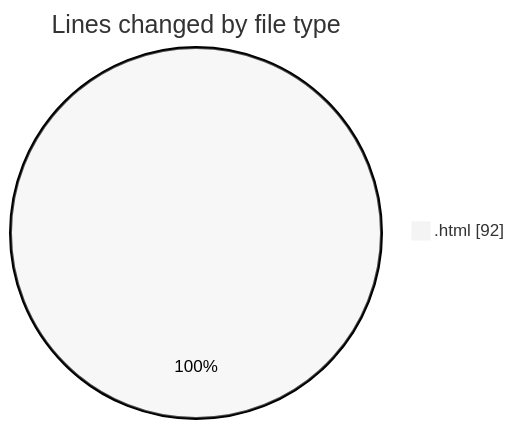
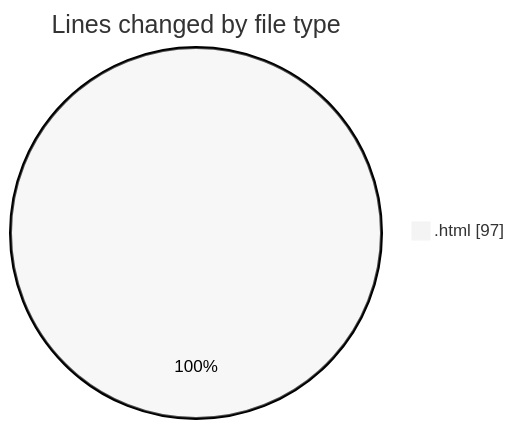
The first of 2 diagrams in 2025-12-23/technologie_web/README.md (hasnaa123/code-tracking), drawn with Mermaid (neutral theme) before and after one commit. The commit also changed other lines of this file and 1 other file, not shown here.

````diff
--- a/2025-12-23/technologie_web/README.md
+++ b/2025-12-23/technologie_web/README.md
@@ -20,5 +20,5 @@
 ```mermaid
 pie showData
 title Lines changed by file type
-".html" : 92
+".html" : 97
 ```
````
